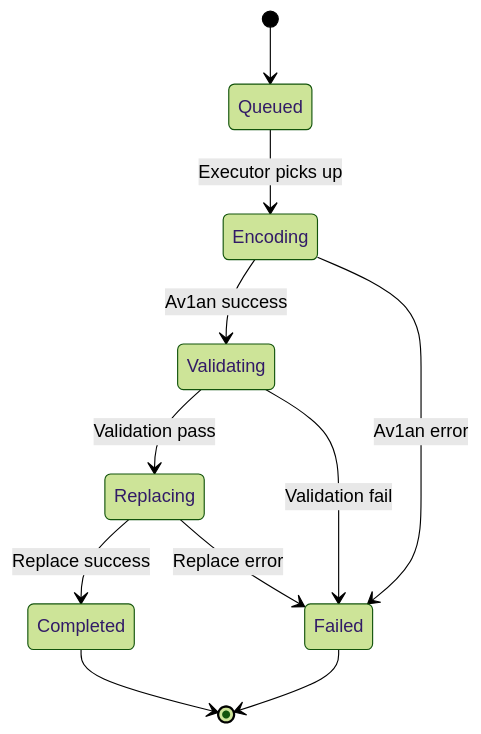
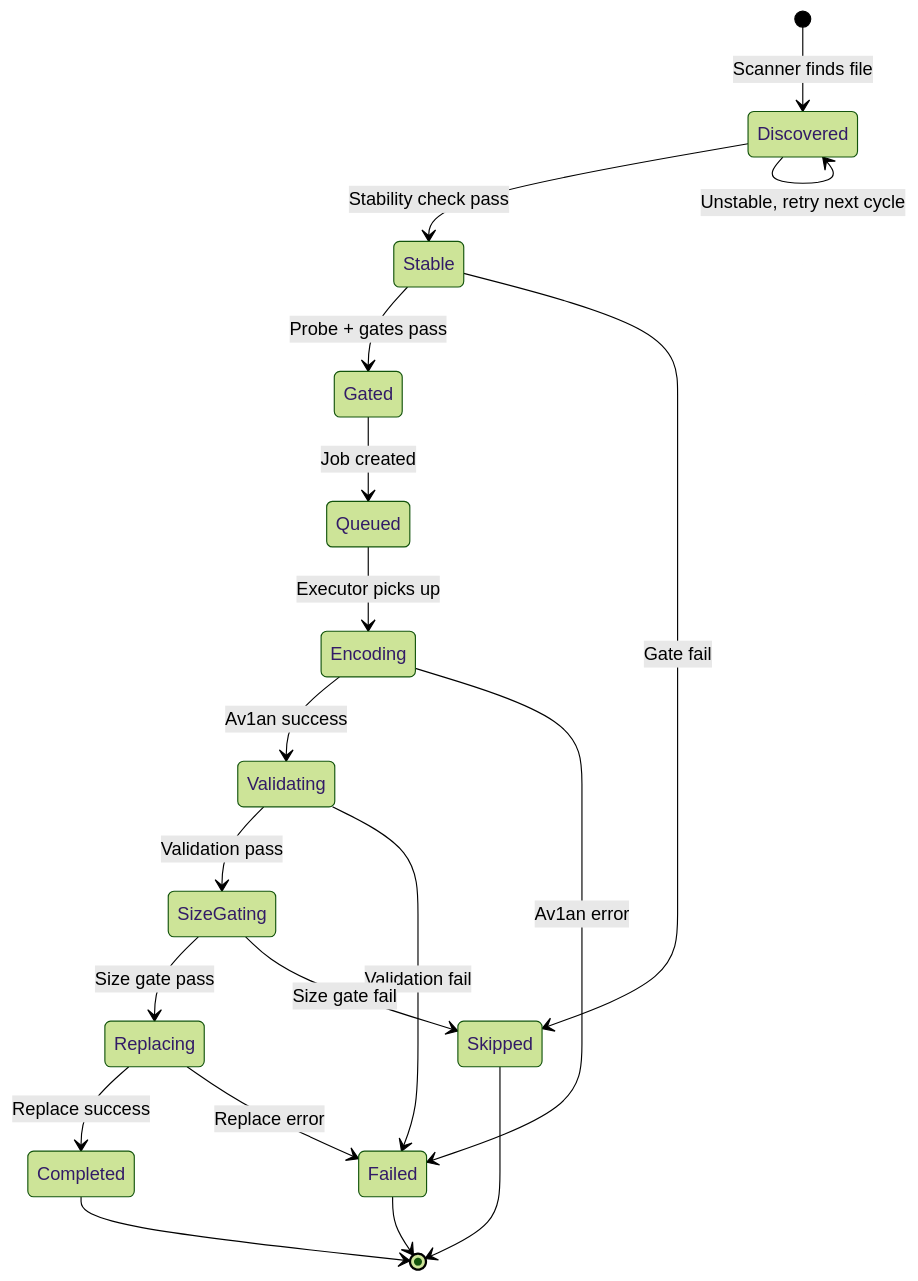
Before and after one commit to IONIQ6000/av1-base: the second of 2 diagrams in .kiro/specs/av1-super-daemon/design.md, drawn with Mermaid (forest theme). The commit also changed other lines of this file and 12174 other files, not shown here.

````diff
--- a/.kiro/specs/av1-super-daemon/design.md
+++ b/.kiro/specs/av1-super-daemon/design.md
@@ -229,13 +433,21 @@
 ```mermaid
 stateDiagram-v2
-    [*] --> Queued
+    [*] --> Discovered: Scanner finds file
+    Discovered --> Stable: Stability check pass
+    Discovered --> Discovered: Unstable, retry next cycle
+    Stable --> Gated: Probe + gates pass
+    Stable --> Skipped: Gate fail
+    Gated --> Queued: Job created
     Queued --> Encoding: Executor picks up
     Encoding --> Validating: Av1an success
     Encoding --> Failed: Av1an error
-    Validating --> Replacing: Validation pass
+    Validating --> SizeGating: Validation pass
     Validating --> Failed: Validation fail
+    SizeGating --> Replacing: Size gate pass
+    SizeGating --> Skipped: Size gate fail
     Replacing --> Completed: Replace success
     Replacing --> Failed: Replace error
     Completed --> [*]
     Failed --> [*]
+    Skipped --> [*]
 ```
````
